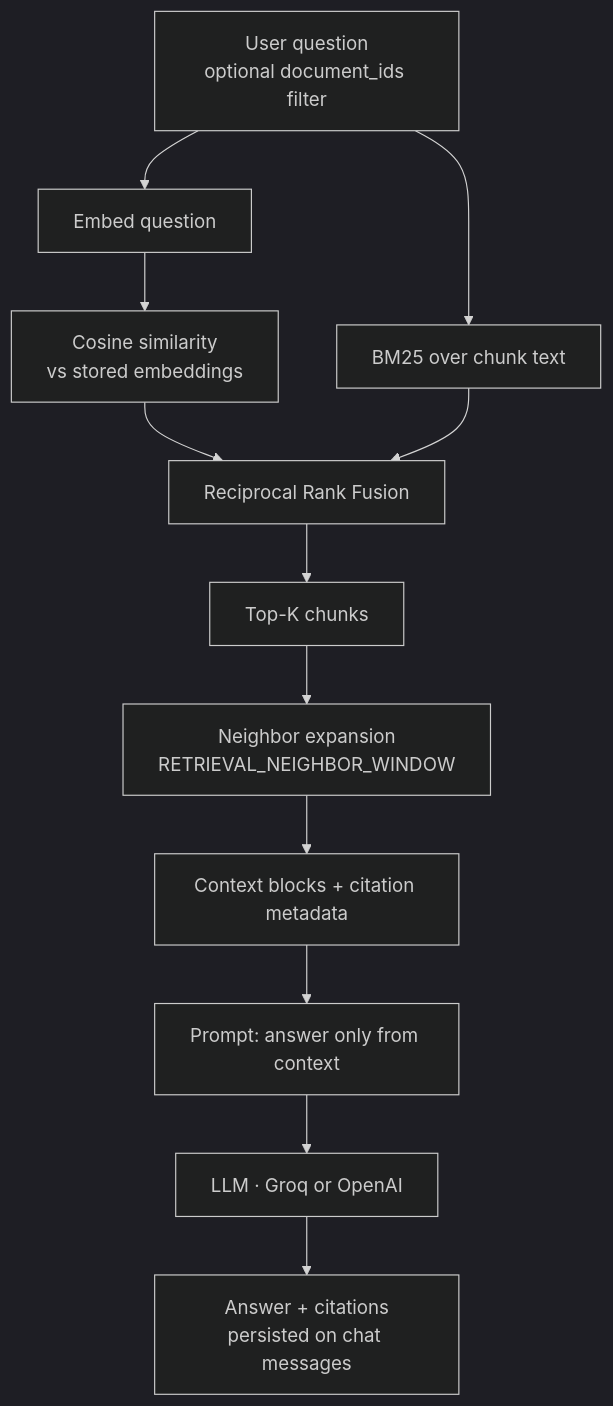
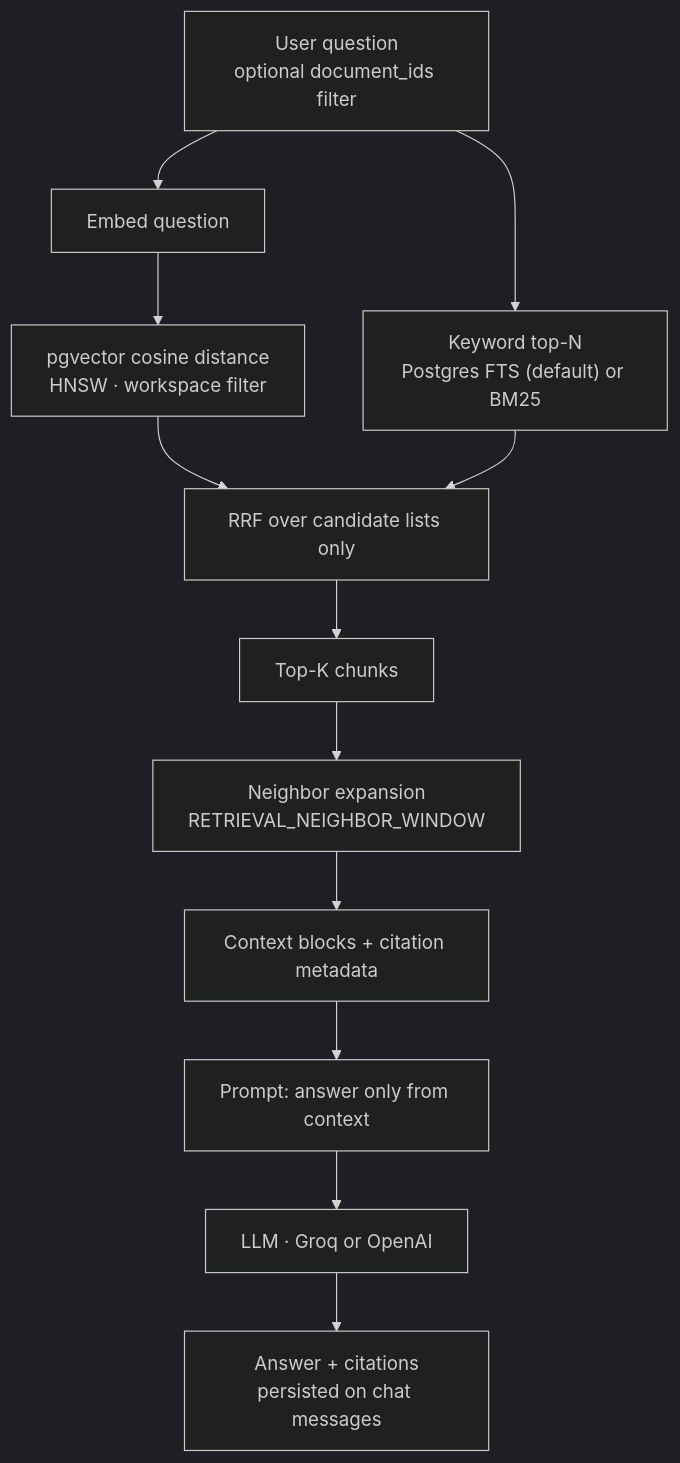
The third of 5 diagrams in README.md (Samuel-Hailemariam-Seifu/ai-document-q-a-saas), drawn with Mermaid (dark theme) before and after one commit. The commit also changed other lines of this file and 22 other files, not shown here.

````diff
--- a/README.md
+++ b/README.md
@@ -119,14 +119,14 @@
 ```mermaid
 flowchart TD
   Q["User question<br/>optional document_ids filter"] --> E["Embed question"]
-  Q --> B["BM25 over chunk text"]
-  E --> V["Cosine similarity<br/>vs stored embeddings"]
-  V --> RRF["Reciprocal Rank Fusion"]
+  Q --> B["Keyword top-N<br/>Postgres FTS (default) or BM25"]
+  E --> V["pgvector cosine distance<br/>HNSW · workspace filter"]
+  V --> RRF["RRF over candidate lists only"]
   B --> RRF
   RRF --> TOP["Top-K chunks"]
   TOP --> N["Neighbor expansion<br/>RETRIEVAL_NEIGHBOR_WINDOW"]
   N --> CTX["Context blocks + citation metadata"]
   CTX --> P["Prompt: answer only from context"]
   P --> L["LLM · Groq or OpenAI"]
   L --> OUT["Answer + citations<br/>persisted on chat messages"]
 ```
````
